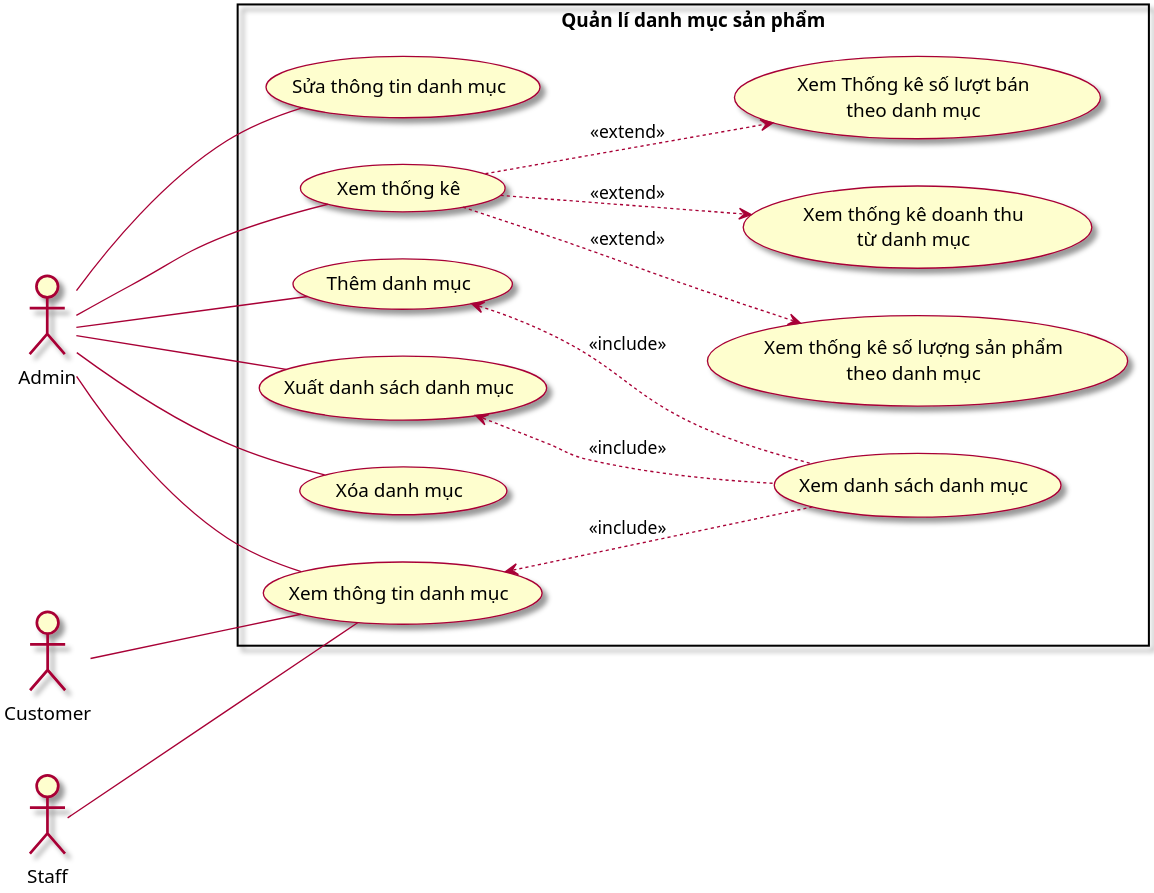
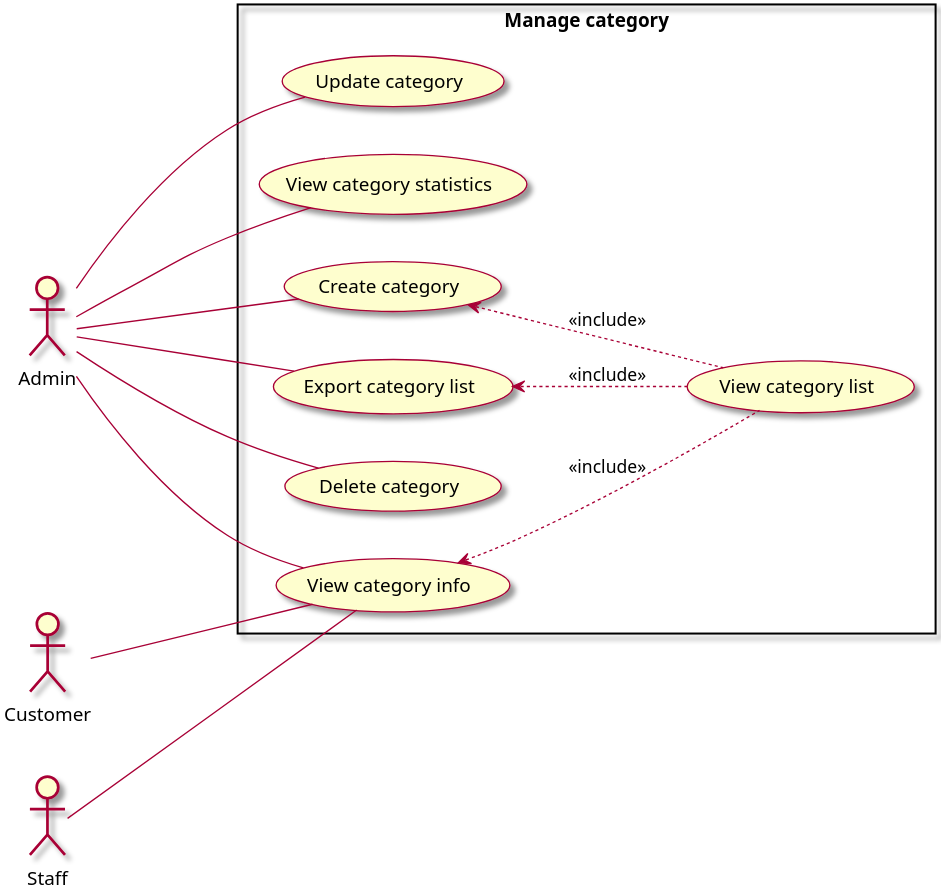
One commit to Marowota/ecommerce-plantuml changed the diagram in Usecase/3. ManageCategory.puml. Above: the diagram before and after it, drawn with PlantUML. The commit also changed 10 other files, not shown here.

```diff
--- a/Usecase/3. ManageCategory.puml
+++ b/Usecase/3. ManageCategory.puml
@@ -1,43 +1,36 @@
 @startuml ManageCategory
 
 left to right direction
 scale 3
 skin rose
 
 actor Admin as admin
 actor Customer as customer
 actor Staff as staff
 
-rectangle "Quản lí danh mục sản phẩm" {
-    usecase (Thêm danh mục) as tdm
-    usecase (Xem danh sách danh mục) as xdsdm
-    usecase (Xem thông tin danh mục) as xttdm
-    usecase (Xuất danh sách danh mục) as xudsdm
-    usecase (Xóa danh mục) as xodm
-    usecase (Sửa thông tin danh mục) as sttdm
-    usecase (Xem thống kê) as xtk
-    usecase (Xem thống kê số lượng sản phẩm\ntheo danh mục) as tkslsptdm
-    usecase (Xem thống kê doanh thu\ntừ danh mục) as tkdttdm
-    usecase (Xem Thống kê số lượt bán\ntheo danh mục) as tkslbtdm
+rectangle "Manage category" {
+    usecase (Create category) as tdm
+    usecase (View category list) as xdsdm
+    usecase (View category info) as xttdm
+    usecase (Export category list) as xudsdm
+    usecase (Delete category) as xodm
+    usecase (Update category) as sttdm
+    usecase (View category statistics) as xtk
 }
 
 admin --- tdm   
 admin --- xttdm
 admin --- xudsdm
 admin --- xodm
 admin --- sttdm
 admin --- xtk
 
 customer --- xttdm
 
 staff --- xttdm
 
-xtk ..> tkslsptdm : <<extend>>
-xtk ..> tkdttdm : <<extend>>
-xtk ..> tkslbtdm : <<extend>>
-
 tdm <.. xdsdm : <<include>>
 xttdm <.. xdsdm : <<include>>
 xudsdm <.. xdsdm : <<include>>
 
 @enduml
```
